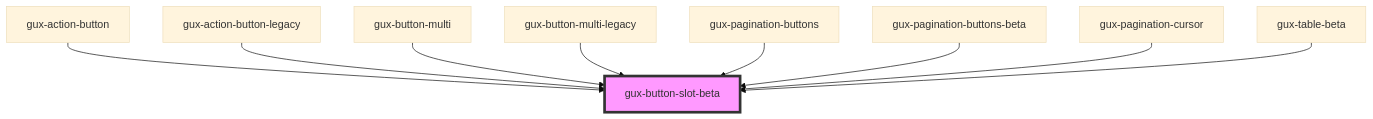
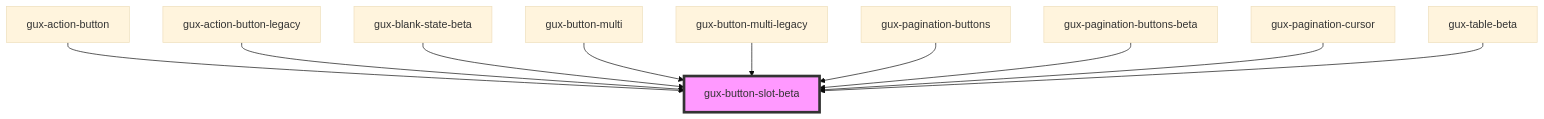
Before and after one commit to MyPureCloud/genesys-spark: the diagram in src/components/beta/gux-button-slot/readme.md, drawn with Mermaid (base theme). The commit also changed other lines of this file and 10 other files, not shown here.

````diff
--- a/src/components/beta/gux-button-slot/readme.md
+++ b/src/components/beta/gux-button-slot/readme.md
@@ -33,12 +34,13 @@
 ```mermaid
 graph TD;
   gux-action-button --> gux-button-slot-beta
   gux-action-button-legacy --> gux-button-slot-beta
+  gux-blank-state-beta --> gux-button-slot-beta
   gux-button-multi --> gux-button-slot-beta
   gux-button-multi-legacy --> gux-button-slot-beta
   gux-pagination-buttons --> gux-button-slot-beta
   gux-pagination-buttons-beta --> gux-button-slot-beta
   gux-pagination-cursor --> gux-button-slot-beta
   gux-table-beta --> gux-button-slot-beta
   style gux-button-slot-beta fill:#f9f,stroke:#333,stroke-width:4px
 ```
````
